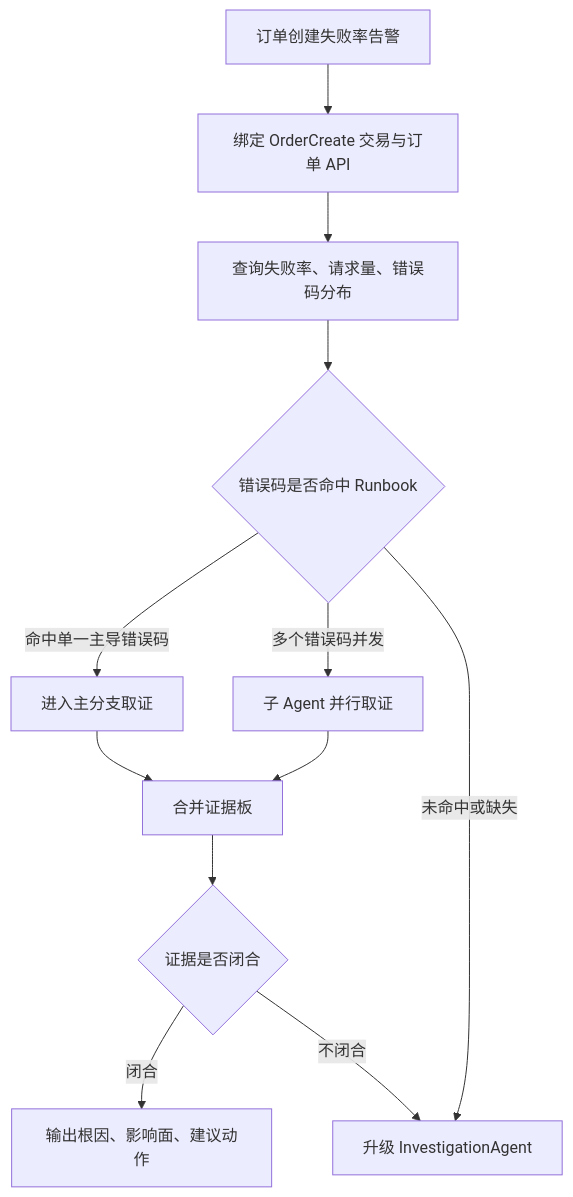
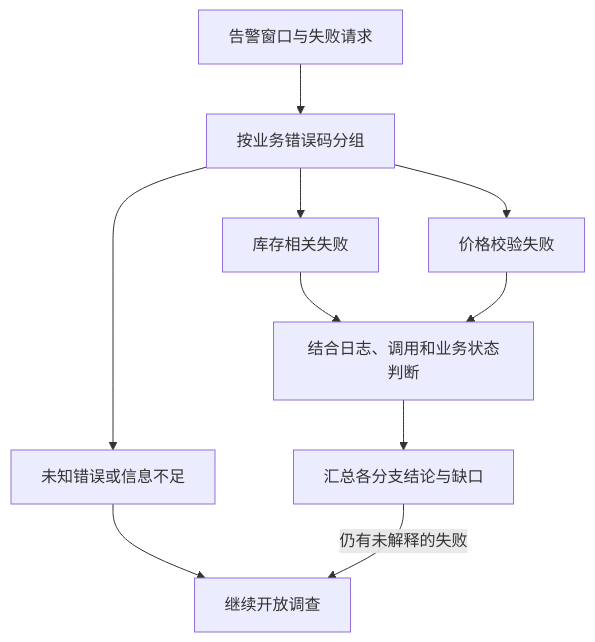
The diagram in src/starops/practices/alert-rca-flow/article.md (aliyun-sls/sls-doc), drawn with Mermaid before and after one commit. The commit also changed other lines of this file, not shown here.

Commit message:
docs(starops): sync alert-rca-flow article to offical v1.32

````diff
--- a/src/starops/practices/alert-rca-flow/article.md
+++ b/src/starops/practices/alert-rca-flow/article.md
@@ -120,14 +53,12 @@
 ```mermaid
 flowchart TD
-  A["订单创建失败率告警"] --> B["绑定 OrderCreate 交易与订单 API"]
-  B --> C["查询失败率、请求量、错误码分布"]
-  C --> D{"错误码是否命中 Runbook"}
-  D -->|命中单一主导错误码| E["进入主分支取证"]
-  D -->|多个错误码并发| F["子 Agent 并行取证"]
-  D -->|未命中或缺失| G["升级 InvestigationAgent"]
-  E --> H["合并证据板"]
-  F --> H
-  H --> I{"证据是否闭合"}
-  I -->|闭合| J["输出根因、影响面、建议动作"]
-  I -->|不闭合| G
+  A[告警窗口与失败请求] --> B[按业务错误码分组]
+  B --> C[库存相关失败]
+  B --> D[价格校验失败]
+  B --> E[未知错误或信息不足]
+  C --> F[结合日志、调用和业务状态判断]
+  D --> F
+  E --> G[继续开放调查]
+  F --> H[汇总各分支结论与缺口]
+  H -->|仍有未解释的失败| G
 ```
````
